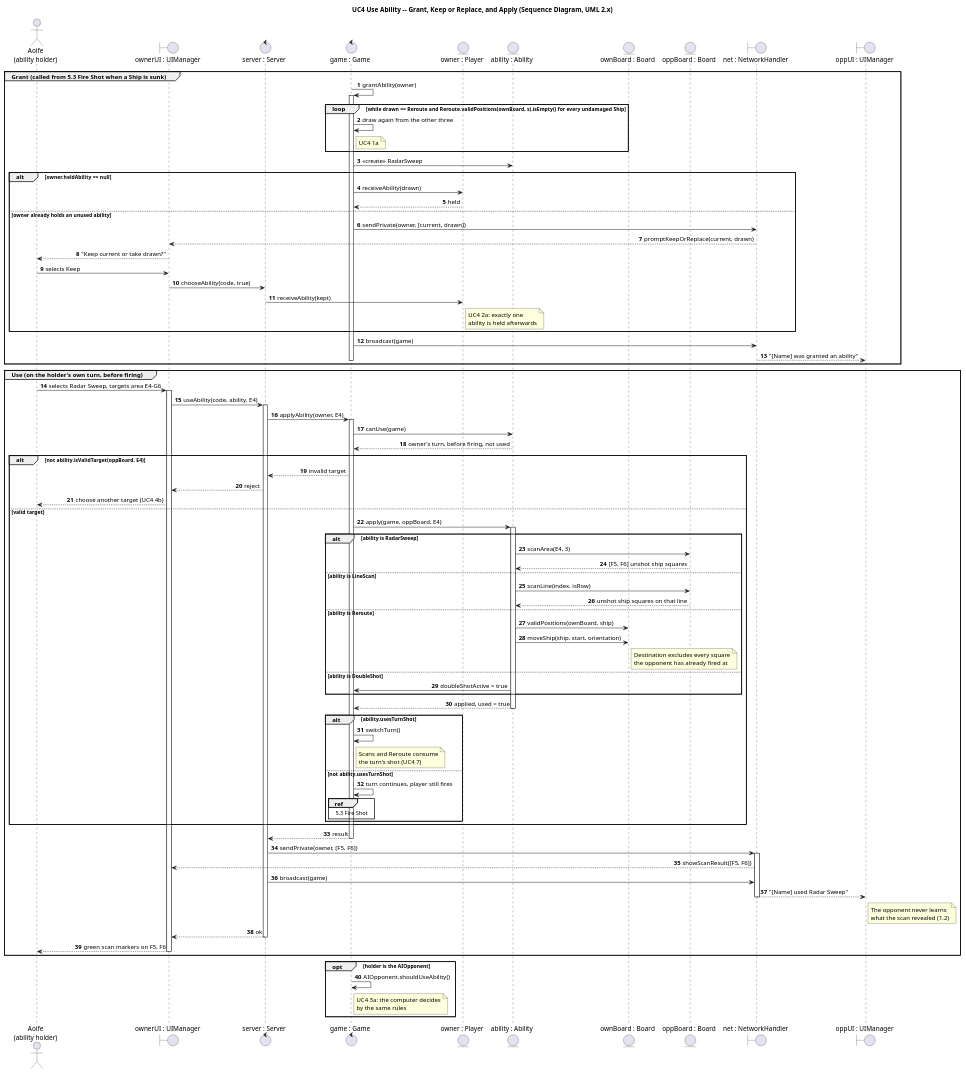
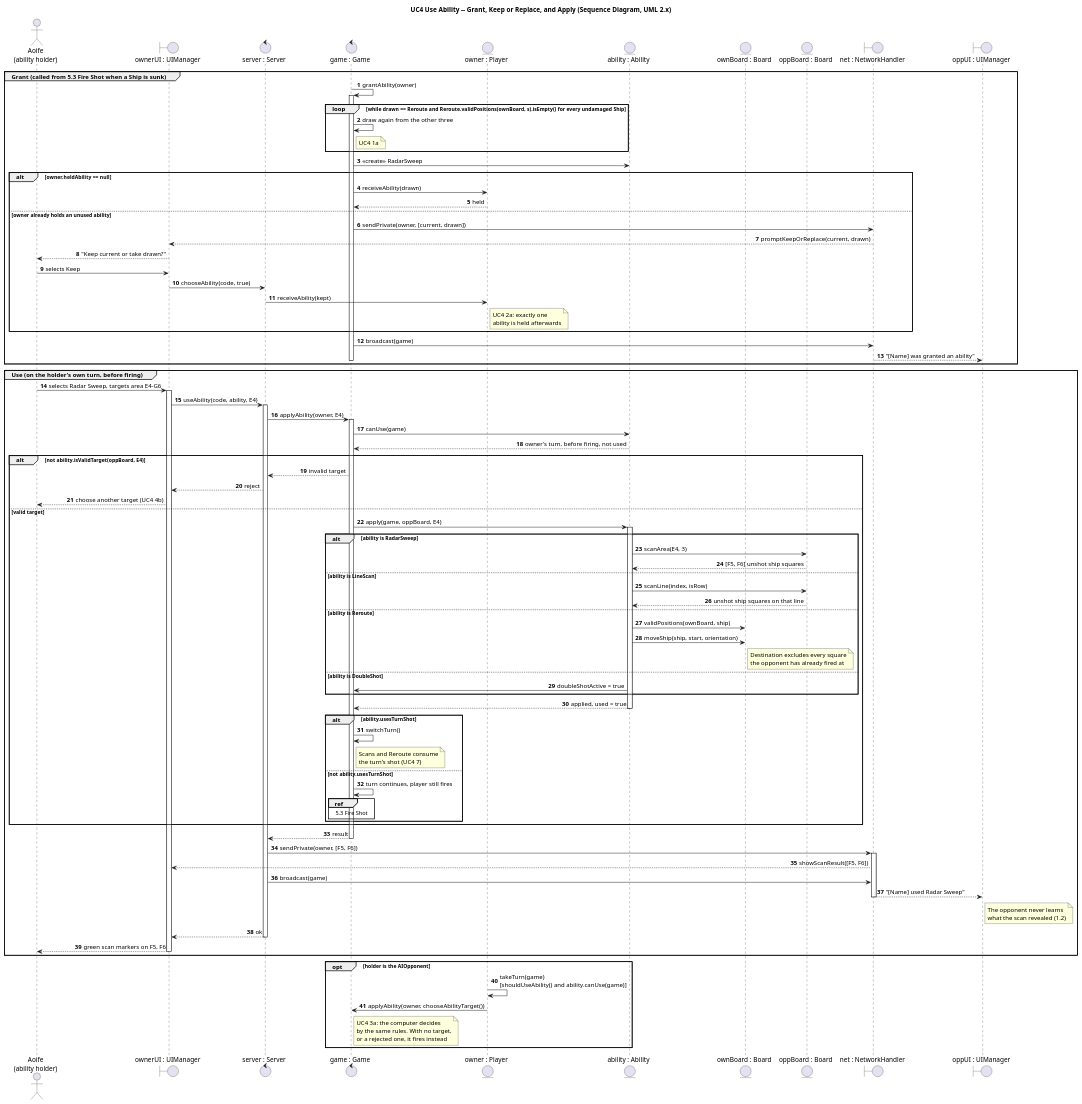
Before and after one commit to queeeety/battleship-online: the diagram in docs/uml/sequence/use-ability.puml, drawn with PlantUML. The commit also changed 5 other files, not shown here.

First line of the commit message:
Update UML for Stage 3: AI turns and game save/restore

```diff
--- a/docs/uml/sequence/use-ability.puml
+++ b/docs/uml/sequence/use-ability.puml
@@ -1,106 +1,107 @@
 @startuml 5_4_UseAbility_SequenceDiagram
 ' MyBattleship -- GroupXXAssign2.pdf, section 5.4: Use Ability
 ' Scenario: UC4 Use Ability, scenarios 2.6, 2.7 and 2.8. Referenced from 5.3 Fire Shot.
 title UC4 Use Ability -- Grant, Keep or Replace, and Apply (Sequence Diagram, UML 2.x)
 
 skinparam sequenceMessageAlign first
 autonumber
 
 actor "Aoife\n(ability holder)" as Owner
 boundary "ownerUI : UIManager" as UI
 control "server : Server" as Server
 control "game : Game" as Game
 entity "owner : Player" as Player
 entity "ability : Ability" as Ability
 entity "ownBoard : Board" as OwnBoard
 entity "oppBoard : Board" as OppBoard
 boundary "net : NetworkHandler" as Net
 boundary "oppUI : UIManager" as OppUI
 
 group Grant (called from 5.3 Fire Shot when a Ship is sunk)
   Game -> Game : grantAbility(owner)
   activate Game
   loop while drawn == Reroute and Reroute.validPositions(ownBoard, s).isEmpty() for every undamaged Ship
     Game -> Game : draw again from the other three
     note right of Game : UC4 1a
   end
   Game -> Ability : <<create>> RadarSweep
   alt owner.heldAbility == null
     Game -> Player : receiveAbility(drawn)
     Player --> Game : held
   else owner already holds an unused ability
     Game -> Net : sendPrivate(owner, [current, drawn])
     Net --> UI : promptKeepOrReplace(current, drawn)
     UI --> Owner : "Keep current or take drawn?"
     Owner -> UI : selects Keep
     UI -> Server : chooseAbility(code, true)
     Server -> Player : receiveAbility(kept)
     note right of Player : UC4 2a: exactly one\nability is held afterwards
   end
   Game -> Net : broadcast(game)
   Net --> OppUI : "[Name] was granted an ability"
   deactivate Game
 end
 
 group Use (on the holder's own turn, before firing)
   Owner -> UI : selects Radar Sweep, targets area E4-G6
   activate UI
   UI -> Server : useAbility(code, ability, E4)
   activate Server
   Server -> Game : applyAbility(owner, E4)
   activate Game
   Game -> Ability : canUse(game)
   Ability --> Game : owner's turn, before firing, not used
 
   alt not ability.isValidTarget(oppBoard, E4)
     Game --> Server : invalid target
     Server --> UI : reject
     UI --> Owner : choose another target (UC4 4b)
   else valid target
     Game -> Ability : apply(game, oppBoard, E4)
     activate Ability
     alt ability is RadarSweep
       Ability -> OppBoard : scanArea(E4, 3)
       OppBoard --> Ability : [F5, F6] unshot ship squares
     else ability is LineScan
       Ability -> OppBoard : scanLine(index, isRow)
       OppBoard --> Ability : unshot ship squares on that line
     else ability is Reroute
       Ability -> OwnBoard : validPositions(ownBoard, ship)
       Ability -> OwnBoard : moveShip(ship, start, orientation)
       note right of OwnBoard : Destination excludes every square\nthe opponent has already fired at
     else ability is DoubleShot
       Ability -> Game : doubleShotActive = true
     end
     Ability --> Game : applied, used = true
     deactivate Ability
 
     alt ability.usesTurnShot
       Game -> Game : switchTurn()
       note right of Game : Scans and Reroute consume\nthe turn's shot (UC4 7)
     else not ability.usesTurnShot
       Game -> Game : turn continues, player still fires
       ref over Game : 5.3 Fire Shot
     end
   end
 
   Game --> Server : result
   deactivate Game
   Server -> Net : sendPrivate(owner, [F5, F6])
   activate Net
   Net --> UI : showScanResult([F5, F6])
   Server -> Net : broadcast(game)
   Net --> OppUI : "[Name] used Radar Sweep"
   note right of OppUI : The opponent never learns\nwhat the scan revealed (1.2)
   deactivate Net
   Server --> UI : ok
   deactivate Server
   UI --> Owner : green scan markers on F5, F6
   deactivate UI
 end
 
 opt holder is the AIOpponent
-  Game -> Game : AIOpponent.shouldUseAbility()
-  note right of Game : UC4 3a: the computer decides\nby the same rules
+  Player -> Player : takeTurn(game)\n[shouldUseAbility() and ability.canUse(game)]
+  Player -> Game : applyAbility(owner, chooseAbilityTarget())
+  note right of Game : UC4 3a: the computer decides\nby the same rules. With no target,\nor a rejected one, it fires instead
 end
 @enduml
```
